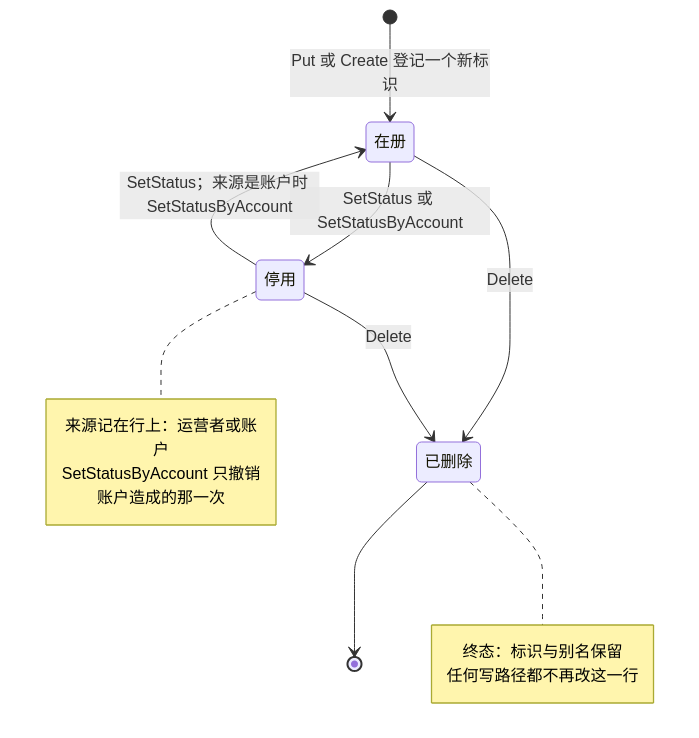
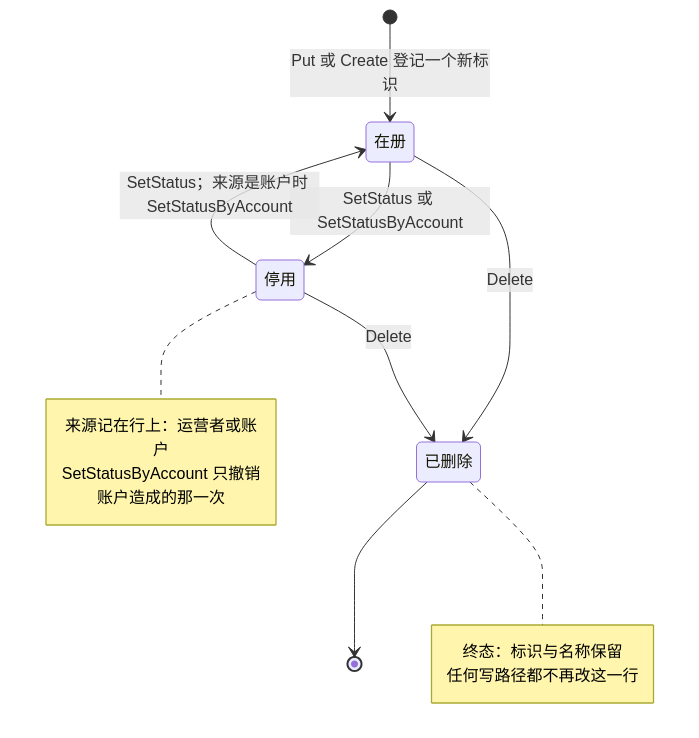
Before and after one commit to wangzw/speed: the fourth of 5 diagrams in docs/design/modules/tenant/design-tenant.md, drawn with Mermaid. The commit also changed other lines of this file and 300 other files, not shown here.

````diff
--- a/docs/design/modules/tenant/design-tenant.md
+++ b/docs/design/modules/tenant/design-tenant.md
@@ -644,17 +644,17 @@
 ```mermaid
 stateDiagram-v2
     [*] --> 在册 : Put 或 Create 登记一个新标识
     在册 --> 停用 : SetStatus 或 SetStatusByAccount
     停用 --> 在册 : SetStatus；来源是账户时 SetStatusByAccount
     在册 --> 已删除 : Delete
     停用 --> 已删除 : Delete
     已删除 --> [*]
     note right of 停用
         来源记在行上：运营者或账户
         SetStatusByAccount 只撤销账户造成的那一次
     end note
     note right of 已删除
-        终态：标识与别名保留
+        终态：标识与名称保留
         任何写路径都不再改这一行
     end note
 ```
````
